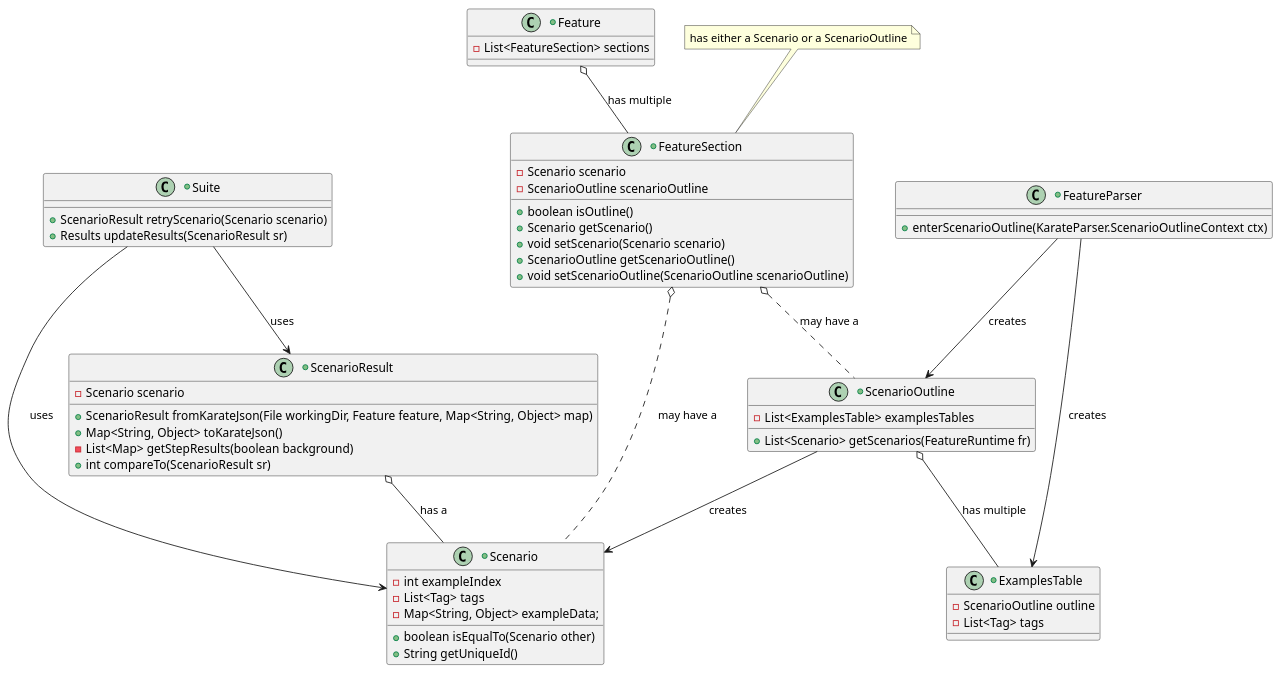
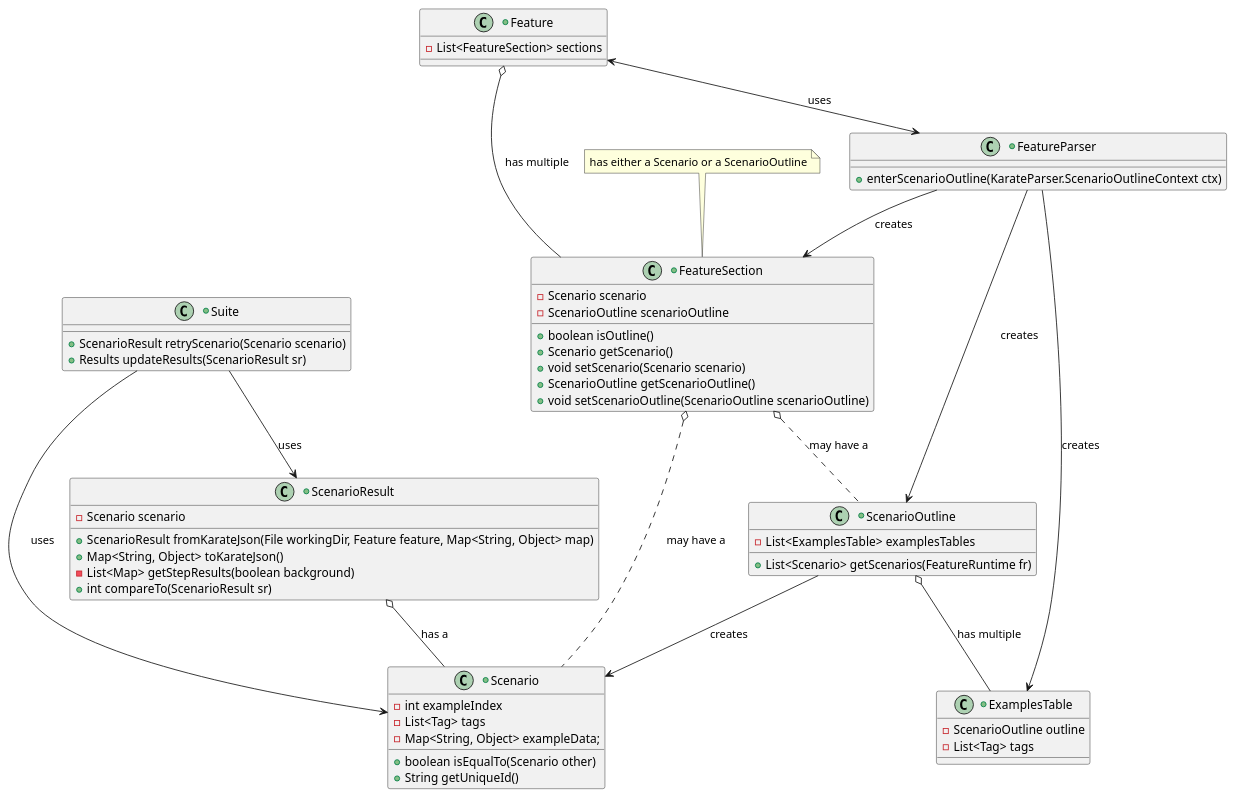
Before and after one commit to dd2480-group-18-2026/assignment-4-karate: the diagram in assignment/uml/diagram_before.puml, drawn with PlantUML. The commit also changed 1 other file, not shown here.

```diff
--- a/assignment/uml/diagram_before.puml
+++ b/assignment/uml/diagram_before.puml
@@ -1,61 +1,63 @@
 @startuml diagram_before
 skinparam 300 dpi
 +class Suite {
 	+ScenarioResult retryScenario(Scenario scenario)
 	+Results updateResults(ScenarioResult sr)
 }
 +class Feature {
 	-List<FeatureSection> sections
 }
 +class FeatureSection {
 	-Scenario scenario
 	-ScenarioOutline scenarioOutline
 
 	+boolean isOutline()
 	+Scenario getScenario()
 	+void setScenario(Scenario scenario)
 	+ScenarioOutline getScenarioOutline()
 	+void setScenarioOutline(ScenarioOutline scenarioOutline)
 }
 +class FeatureParser {
 	+enterScenarioOutline(KarateParser.ScenarioOutlineContext ctx)
 }
 +class ScenarioOutline {
 	-List<ExamplesTable> examplesTables
 
 	+List<Scenario> getScenarios(FeatureRuntime fr)
 }
 +class Scenario {
 	-int exampleIndex
 	-List<Tag> tags
 	-Map<String, Object> exampleData;
 
 	+boolean isEqualTo(Scenario other)
 	+String getUniqueId() 
 }
 +class ExamplesTable {
 	-ScenarioOutline outline
 	-List<Tag> tags
 }
 +class ScenarioResult {
 	-Scenario scenario
 
 	+ScenarioResult fromKarateJson(File workingDir, Feature feature, Map<String, Object> map)
 	+Map<String, Object> toKarateJson()
 	-List<Map> getStepResults(boolean background)
 	+int compareTo(ScenarioResult sr)
 }
 
 note top of FeatureSection : has either a Scenario or a ScenarioOutline
 
 Feature o-- FeatureSection : "has multiple"
+Feature <--> FeatureParser : "uses"
 FeatureSection o.. Scenario : "may have a"
 FeatureSection o.. ScenarioOutline : "may have a"
 Suite --> ScenarioResult : "uses"
 Suite --> Scenario : "uses"
 FeatureParser --> ScenarioOutline : "creates"
 FeatureParser --> ExamplesTable : "creates"
+FeatureParser --> FeatureSection : "creates"
 ScenarioOutline --> Scenario : "creates"
 ScenarioOutline o-- ExamplesTable : "has multiple"
 ScenarioResult o-- Scenario : "has a"
 @enduml
```
